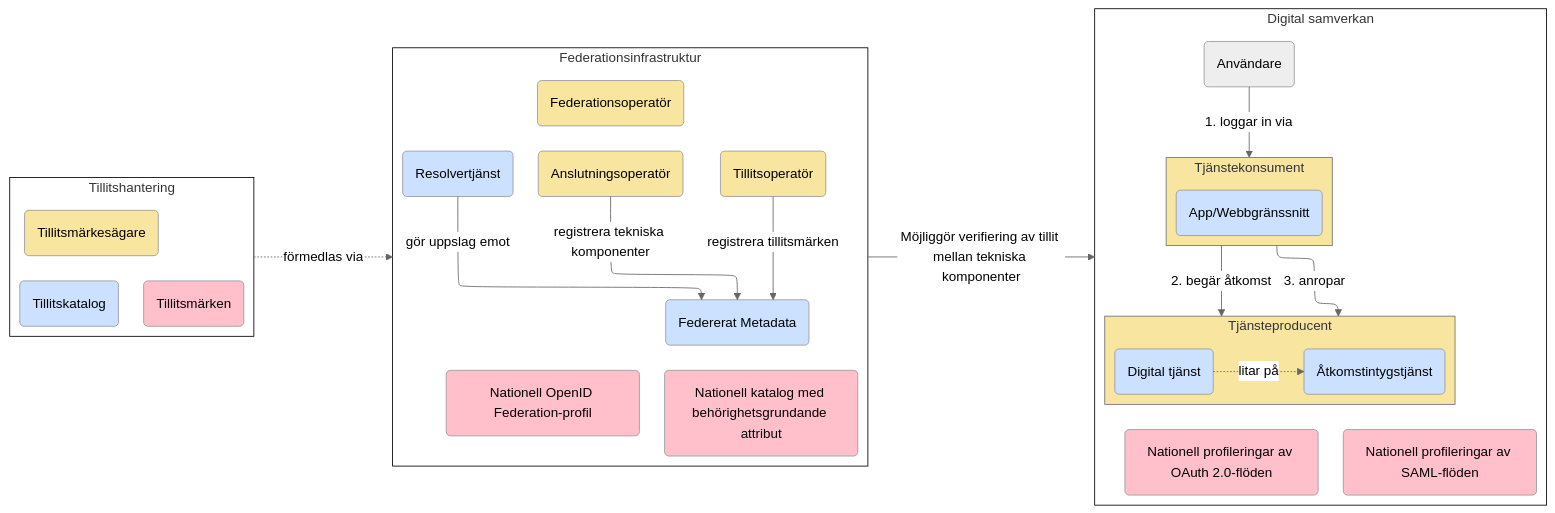
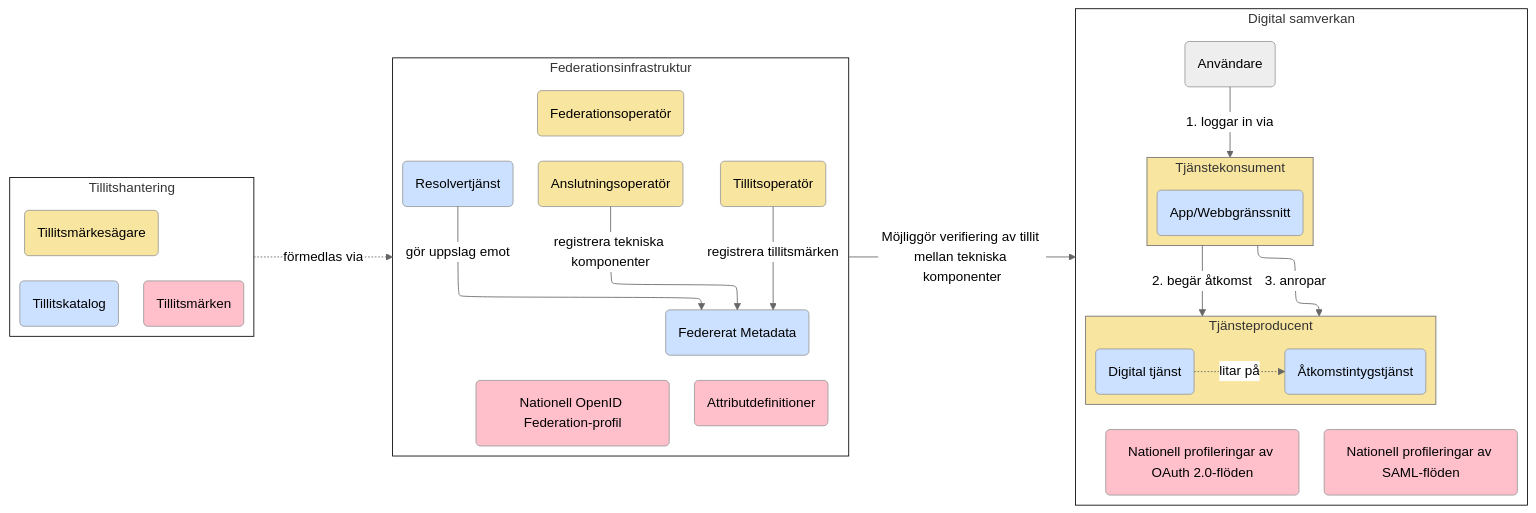
Before and after one commit to diggsweden/ena-authorization: the tenth of 10 diagrams in architecture/drafts/IAM_TargetArchitecture_Sweden.md, drawn with Mermaid (neutral theme).

Commit message:
typo fix

````diff
--- a/architecture/drafts/IAM_TargetArchitecture_Sweden.md
+++ b/architecture/drafts/IAM_TargetArchitecture_Sweden.md
@@ -459,64 +459,64 @@
 ```mermaid
 %%{init: {"flowchart": {"defaultRenderer": "elk"}} }%%
 flowchart LR
 
 classDef org fill:#F8E5A0
 classDef comp fill:#CCE1FF
 classDef box fill:#ffffff,stroke:#000000
 classDef spec fill:#FFC0CB
 
 subgraph ds[Digital samverkan]
     direction TB
 
     u(Användare)
     subgraph tk[Tjänstekonsument]
         k(App/Webbgränssnitt):::comp
     end
     tk:::org
     u --<p>1. loggar in via-->tk
 
     subgraph tp[Tjänsteproducent]
         t(Digital tjänst)-.litar på.->as(Åtkomstintygstjänst)
         t:::comp
         as:::comp
     end
     tp:::org
     oauth(Nationell profileringar av OAuth 2.0-flöden):::spec  
     saml(Nationell profileringar av SAML-flöden):::spec  
 
     tk--<p>3. anropar-->tp
     tk--<p>2. begär åtkomst-->tp
     tp ~~~ oauth & saml
 end
 ds:::box
 
 subgraph fed[Federationsinfrastruktur]
     direction TB
     fa(Federationsoperatör):::org~~~r & op & tmop
     r(Resolvertjänst):::comp
     op(Anslutningsoperatör):::org
     tmop(Tillitsoperatör):::org
     m(Federerat Metadata):::comp
     oidf(Nationell OpenID Federation-profil):::spec
-    beh(Nationell katalog med behörighetsgrundande attribut):::spec
+    beh(Attributdefinitioner):::spec
 
     tmop--registrera tillitsmärken-->m
     op--registrera tekniska komponenter-->m
     r--gör uppslag emot -->m
     m~~~oidf & beh
 end
 fed:::box
 
 subgraph tillit[Tillitshantering]
     direction TB
     tmk(Tillitskatalog):::comp
     tm(Tillitsmärken):::spec
     tmä(Tillitsmärkesägare):::org
     tmä ~~~ tm & tmk
 end
 tillit:::box
 
 fed--Möjliggör verifiering av tillit mellan tekniska komponenter-->ds
 tillit-.förmedlas via.->fed
 
 ```
````
